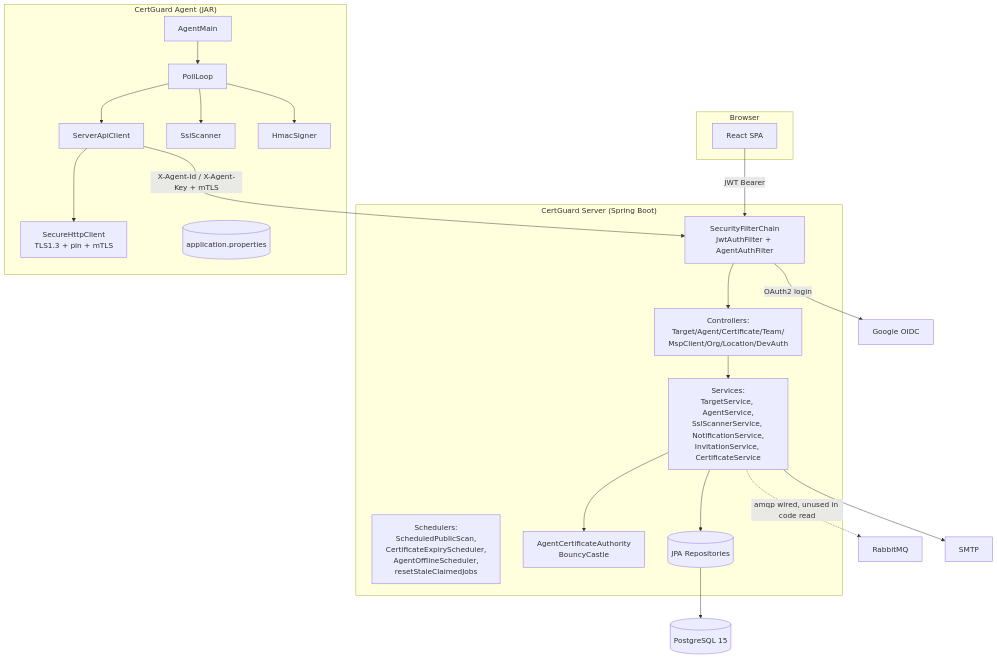
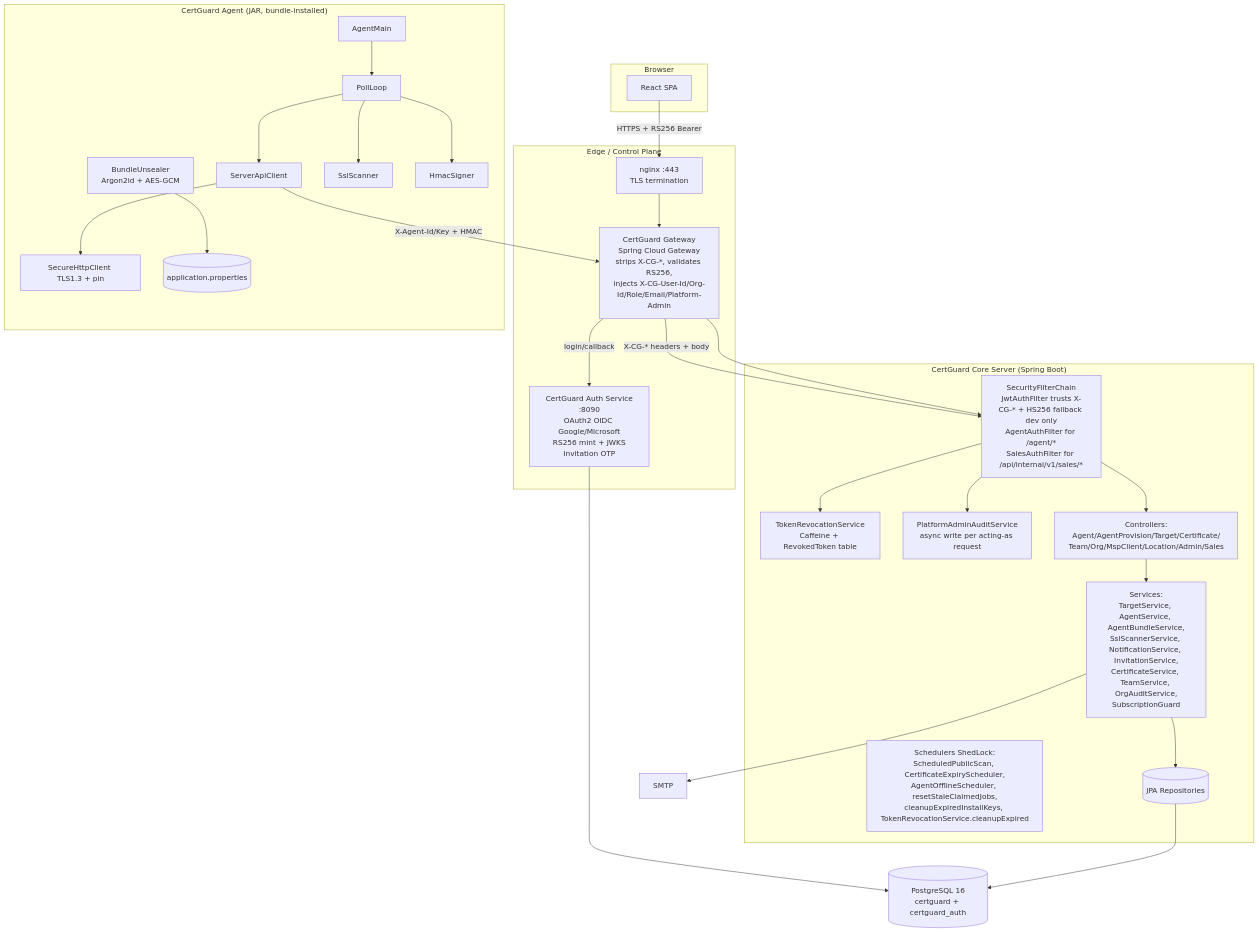
The second of 8 diagrams in docs/architecture/HLD.md (sumanmummaneni3/SSLCertificateManager), drawn with Mermaid before and after one commit. The commit also changed other lines of this file and 29 other files, not shown here.

````diff
--- a/docs/architecture/HLD.md
+++ b/docs/architecture/HLD.md
@@ -31,37 +102,46 @@
 ```mermaid
 graph TB
   subgraph Browser
     UI[React SPA]
   end
-  subgraph Server["CertGuard Server (Spring Boot)"]
-    SEC[SecurityFilterChain<br/>JwtAuthFilter + AgentAuthFilter]
-    CTRL[Controllers:<br/>Target/Agent/Certificate/Team/<br/>MspClient/Org/Location/DevAuth]
-    SVC[Services:<br/>TargetService, AgentService,<br/>SslScannerService, NotificationService,<br/>InvitationService, CertificateService]
-    SCHED[Schedulers:<br/>ScheduledPublicScan,<br/>CertificateExpiryScheduler,<br/>AgentOfflineScheduler,<br/>resetStaleClaimedJobs]
-    CA[AgentCertificateAuthority<br/>BouncyCastle]
+  subgraph EdgeLayer["Edge / Control Plane"]
+    NGX[nginx :443<br/>TLS termination]
+    GW[CertGuard Gateway<br/>Spring Cloud Gateway<br/>strips X-CG-*, validates RS256,<br/>injects X-CG-User-Id/Org-Id/Role/Email/Platform-Admin]
+    AUTH[CertGuard Auth Service<br/>:8090<br/>OAuth2 OIDC Google/Microsoft<br/>RS256 mint + JWKS<br/>Invitation OTP]
+  end
+  subgraph CoreServer["CertGuard Core Server (Spring Boot)"]
+    SEC[SecurityFilterChain<br/>JwtAuthFilter trusts X-CG-* + HS256 fallback dev only<br/>AgentAuthFilter for /agent/*<br/>SalesAuthFilter for /api/internal/v1/sales/*]
+    REVOKE[TokenRevocationService<br/>Caffeine + RevokedToken table]
+    PA_AUDIT[PlatformAdminAuditService<br/>async write per acting-as request]
+    CTRL[Controllers:<br/>Agent/AgentProvision/Target/Certificate/<br/>Team/Org/MspClient/Location/Admin/Sales]
+    SVC[Services:<br/>TargetService, AgentService, AgentBundleService,<br/>SslScannerService, NotificationService, InvitationService,<br/>CertificateService, TeamService, OrgAuditService,<br/>SubscriptionGuard]
+    SCHED[Schedulers ShedLock:<br/>ScheduledPublicScan, CertificateExpiryScheduler,<br/>AgentOfflineScheduler, resetStaleClaimedJobs,<br/>cleanupExpiredInstallKeys, TokenRevocationService.cleanupExpired]
     REPO[(JPA Repositories)]
   end
-  subgraph Agent["CertGuard Agent (JAR)"]
+  subgraph Agent["CertGuard Agent (JAR, bundle-installed)"]
+    BU[BundleUnsealer<br/>Argon2id + AES-GCM]
     AM[AgentMain]
     PL[PollLoop]
     API[ServerApiClient]
-    HTTP[SecureHttpClient<br/>TLS1.3 + pin + mTLS]
+    HTTP[SecureHttpClient TLS1.3 + pin]
     SC[SslScanner]
     SIG[HmacSigner]
     CFG[(application.properties)]
   end
-  PG[(PostgreSQL 15)]
-  RMQ[RabbitMQ]
+  PG[(PostgreSQL 16<br/>certguard + certguard_auth)]
   SMTP[SMTP]
-  G[Google OIDC]
 
-  UI -->|JWT Bearer| SEC --> CTRL --> SVC --> REPO --> PG
-  SVC --> CA
+  UI -->|HTTPS + RS256 Bearer| NGX --> GW
+  GW -- "login/callback" --> AUTH
+  GW -- "X-CG-* headers + body" --> SEC
+  AUTH --> PG
+  SEC --> REVOKE
+  SEC --> PA_AUDIT
+  SEC --> CTRL --> SVC --> REPO --> PG
   SVC --> SMTP
-  SEC -->|OAuth2 login| G
+  BU --> CFG
   AM --> PL --> API --> HTTP
   PL --> SC
   PL --> SIG
-  API -->|X-Agent-Id / X-Agent-Key + mTLS| SEC
-  SVC -.->|amqp wired, unused in code read| RMQ
+  API -->|X-Agent-Id/Key + HMAC| GW --> SEC
 ```
````
